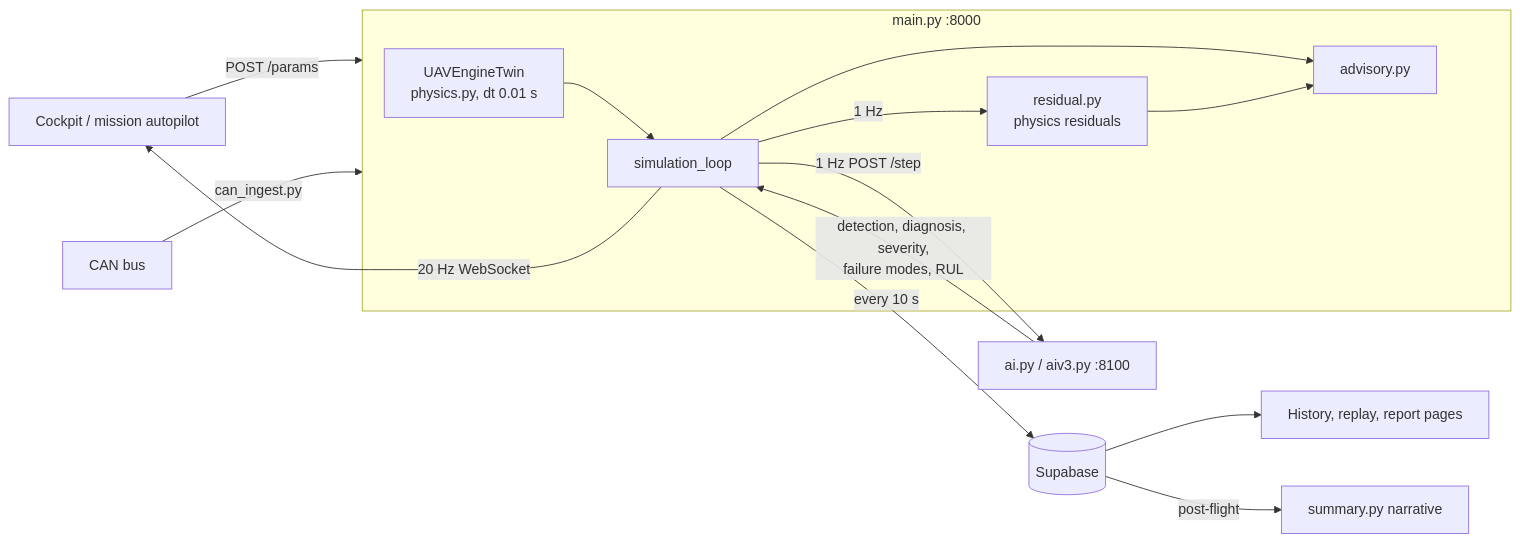
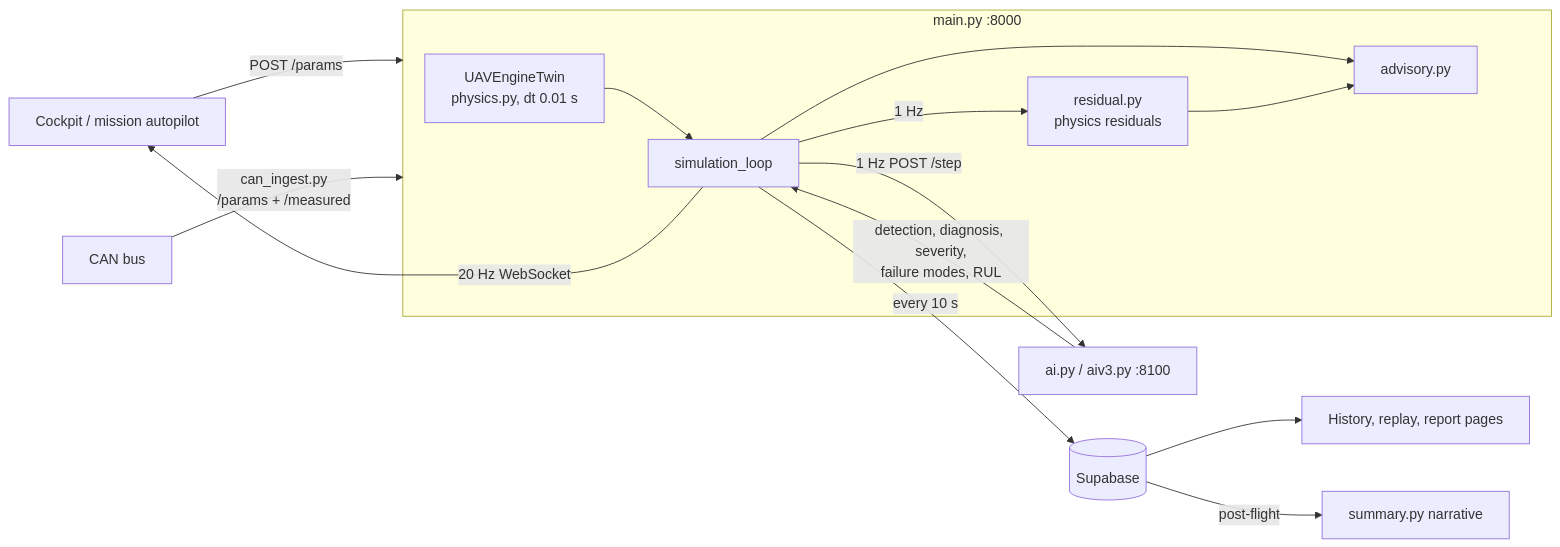
The first of 2 diagrams in docs/architecture.md (Harsh24856/Aero-Sim), drawn with Mermaid before and after one commit. The commit also changed other lines of this file and 10 other files, not shown here.

````diff
--- a/docs/architecture.md
+++ b/docs/architecture.md
@@ -21,17 +22,17 @@
 ```mermaid
 flowchart LR
   UI[Cockpit / mission autopilot] -- POST /params --> API
-  CAN[CAN bus] -- can_ingest.py --> API
+  CAN[CAN bus] -- can_ingest.py<br/>/params + /measured --> API
   subgraph API[main.py :8000]
     TWIN[UAVEngineTwin<br/>physics.py, dt 0.01 s] --> LOOP[simulation_loop]
     LOOP -- 1 Hz --> RES[residual.py<br/>physics residuals]
     LOOP --> ADV[advisory.py]
     RES --> ADV
   end
   LOOP -- 1 Hz POST /step --> AI[ai.py / aiv3.py :8100]
   AI -- detection, diagnosis, severity,<br/>failure modes, RUL --> LOOP
   LOOP -- 20 Hz WebSocket --> UI
   LOOP -- every 10 s --> DB[(Supabase)]
   DB --> HIST[History, replay, report pages]
   DB -- post-flight --> GROQ[summary.py narrative]
 ```
````
